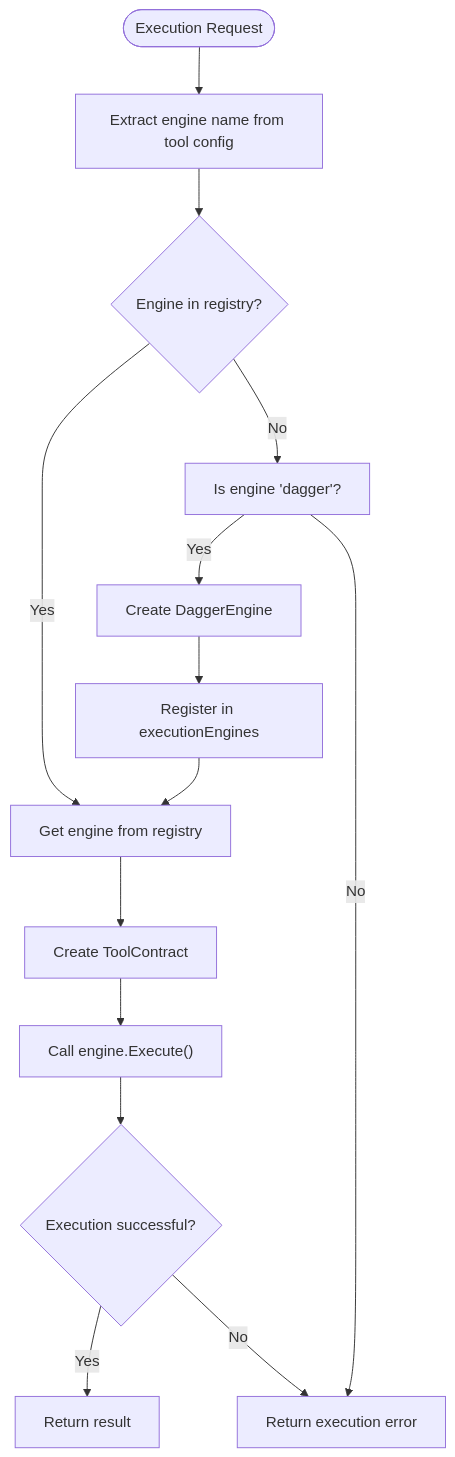
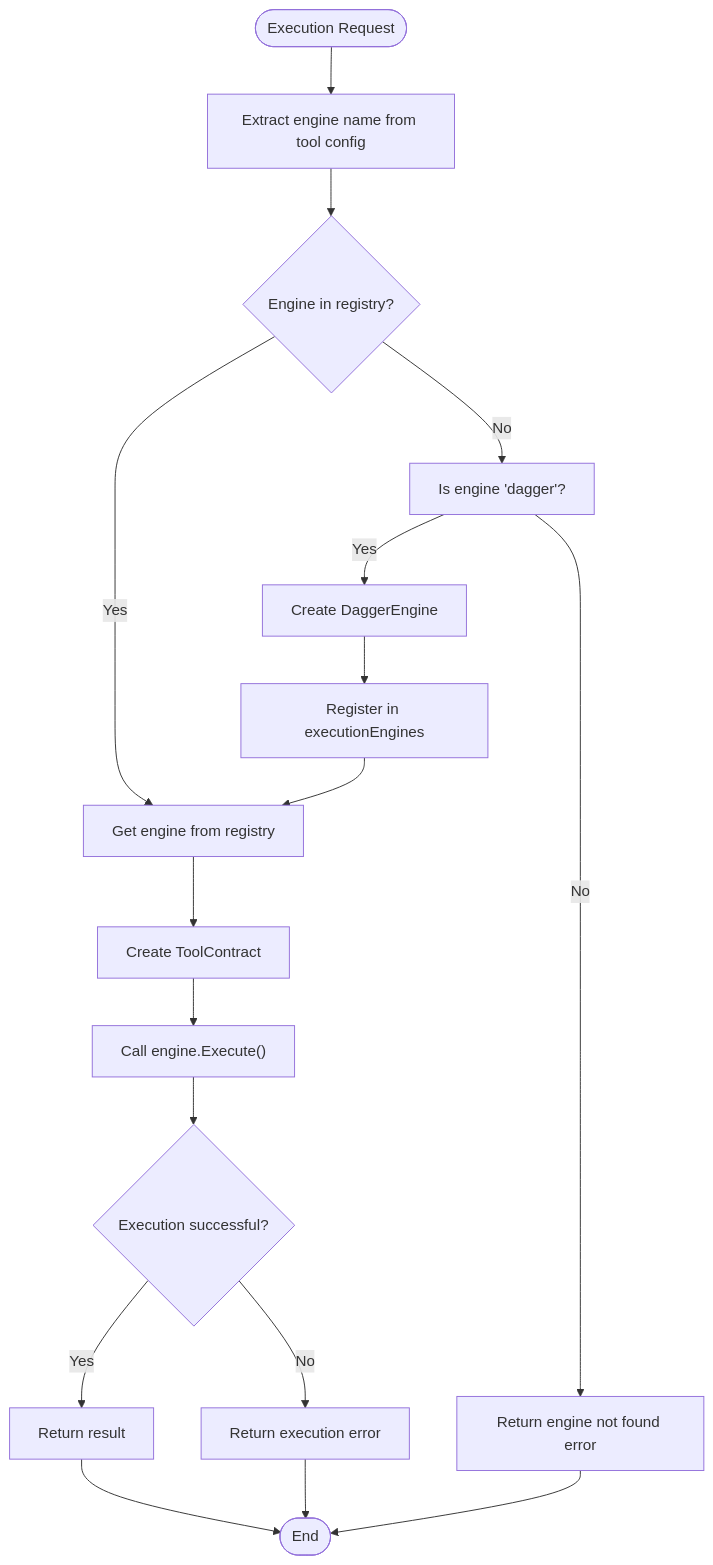
One commit to prxs-ai/praxis-go-sdk changed the fifth of 6 diagrams in docs/Architecture Overview/Execution Engine Abstraction/Execution Engine Interface Contract.md. Above: the diagram before and after it, drawn with Mermaid. The commit also changed other lines of this file and 33 other files, not shown here.

````diff
--- a/docs/Architecture Overview/Execution Engine Abstraction/Execution Engine Interface Contract.md
+++ b/docs/Architecture Overview/Execution Engine Abstraction/Execution Engine Interface Contract.md
@@ -323,16 +325,19 @@
 ```mermaid
 flowchart TD
 Start([Execution Request]) --> ExtractEngine["Extract engine name from tool config"]
 ExtractEngine --> CheckEngine{"Engine in registry?"}
-CheckEngine --> |Yes| GetEngine["Get engine from registry"]
-CheckEngine --> |No| InitializeDagger["Is engine 'dagger'?"]
-InitializeDagger --> |Yes| CreateDagger["Create DaggerEngine"]
-InitializeDagger --> |No| ReturnError["Return engine not found error"]
+CheckEngine -->|Yes| GetEngine["Get engine from registry"]
+CheckEngine -->|No| InitializeDagger["Is engine 'dagger'?"]
+InitializeDagger -->|Yes| CreateDagger["Create DaggerEngine"]
+InitializeDagger -->|No| ReturnError["Return engine not found error"]
 CreateDagger --> RegisterDagger["Register in executionEngines"]
 RegisterDagger --> GetEngine
 GetEngine --> CreateContract["Create ToolContract"]
 CreateContract --> Execute["Call engine.Execute()"]
 Execute --> HandleResult{"Execution successful?"}
-HandleResult --> |Yes| ReturnResult["Return result"]
-HandleResult --> |No| ReturnError["Return execution error"]
+HandleResult -->|Yes| ReturnResult["Return result"]
+HandleResult -->|No| ReturnError2["Return execution error"]
+ReturnError --> End([End])
+ReturnError2 --> End
+ReturnResult --> End
 ```
````
